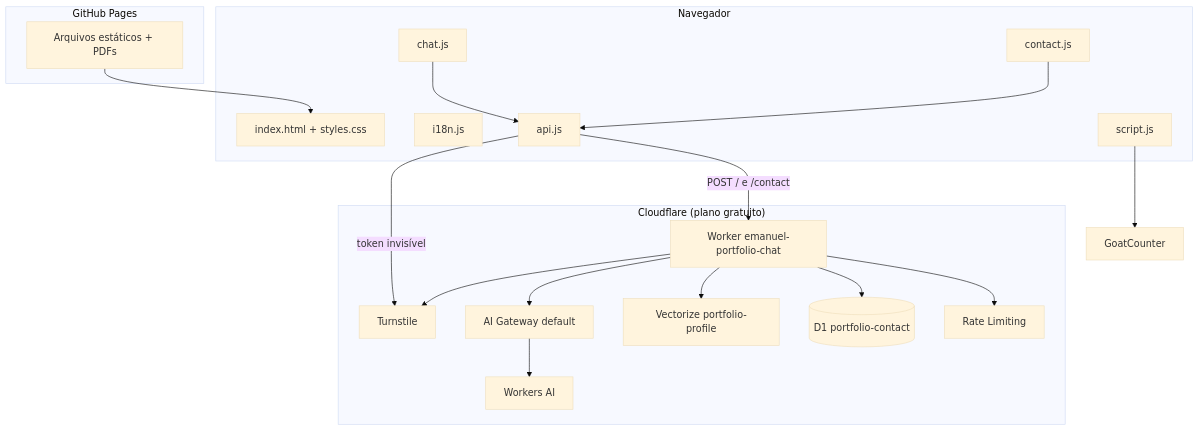
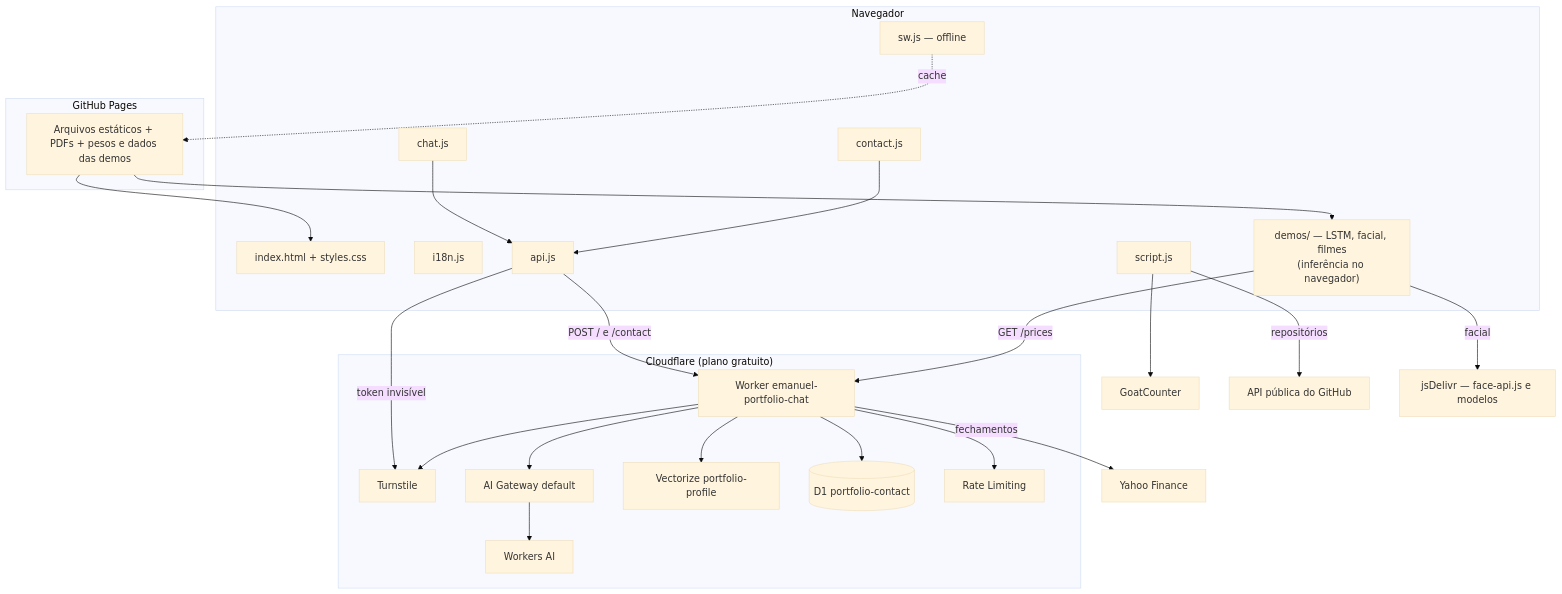
The diagram in docs/sdd/plan.md (emanueleborges/emanueleborges.github.io), drawn with Mermaid (base theme) before and after one commit. The commit also changed other lines of this file and 12 other files, not shown here.

First line of the commit message:
Docs: demos de IA, PWA, dados do GitHub e rota de preços na documentação

````diff
--- a/docs/sdd/plan.md
+++ b/docs/sdd/plan.md
@@ -11,36 +11,47 @@
 ```mermaid
 flowchart TB
   subgraph Navegador
     HTML[index.html + styles.css]
     I18N[i18n.js]
     SCRIPT[script.js]
     API[api.js]
     CHAT[chat.js]
     CONTACT[contact.js]
+    SW[sw.js — offline]
+    DEMOS["demos/ — LSTM, facial, filmes<br/>(inferência no navegador)"]
   end
   subgraph "GitHub Pages"
-    STATIC[Arquivos estáticos + PDFs]
+    STATIC[Arquivos estáticos + PDFs + pesos e dados das demos]
   end
   subgraph "Cloudflare (plano gratuito)"
     WORKER[Worker emanuel-portfolio-chat]
     TURN[Turnstile]
     GATE[AI Gateway default]
     WAI[Workers AI]
     VEC[Vectorize portfolio-profile]
     DB[(D1 portfolio-contact)]
     RL[Rate Limiting]
   end
   GOAT[GoatCounter]
+  GH[API pública do GitHub]
+  YF[Yahoo Finance]
+  CDN[jsDelivr — face-api.js e modelos]
 
   STATIC --> HTML
+  STATIC --> DEMOS
+  SW -. cache .-> STATIC
   CHAT --> API
   CONTACT --> API
   API -->|POST / e /contact| WORKER
   API -->|token invisível| TURN
   WORKER --> TURN
   WORKER --> RL
   WORKER --> GATE --> WAI
   WORKER --> VEC
   WORKER --> DB
   SCRIPT --> GOAT
+  SCRIPT -->|repositórios| GH
+  DEMOS -->|GET /prices| WORKER
+  WORKER -->|fechamentos| YF
+  DEMOS -->|facial| CDN
 ```
````
